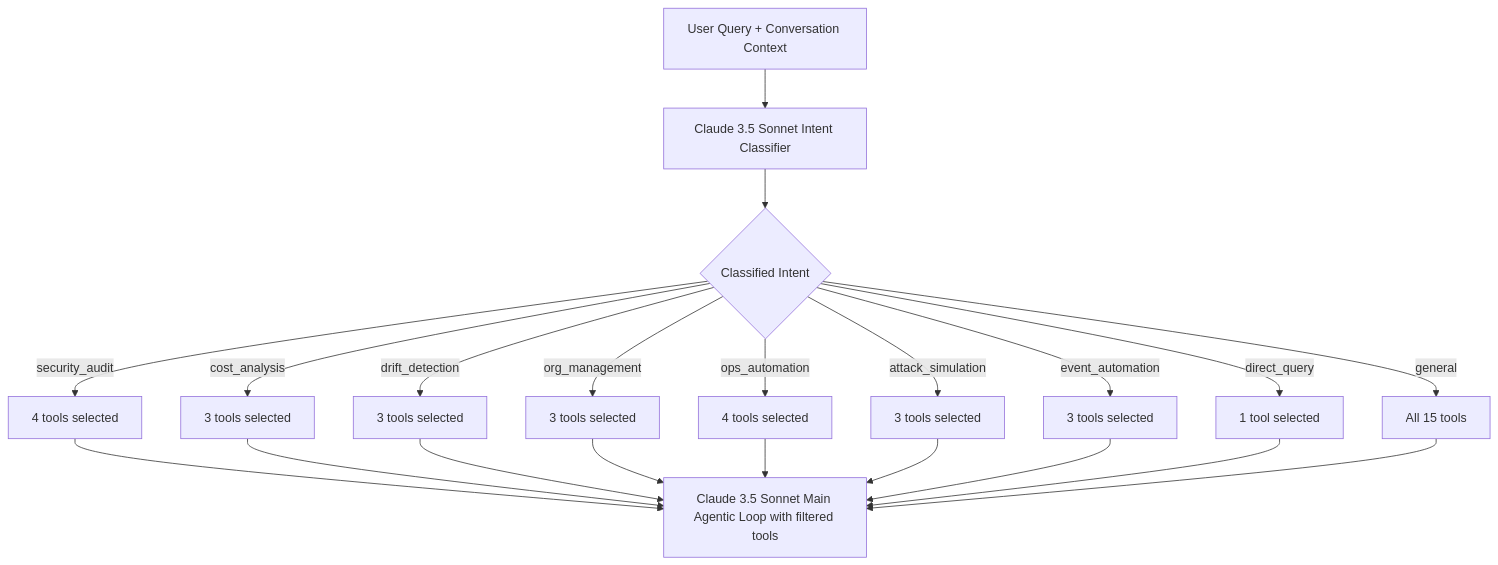
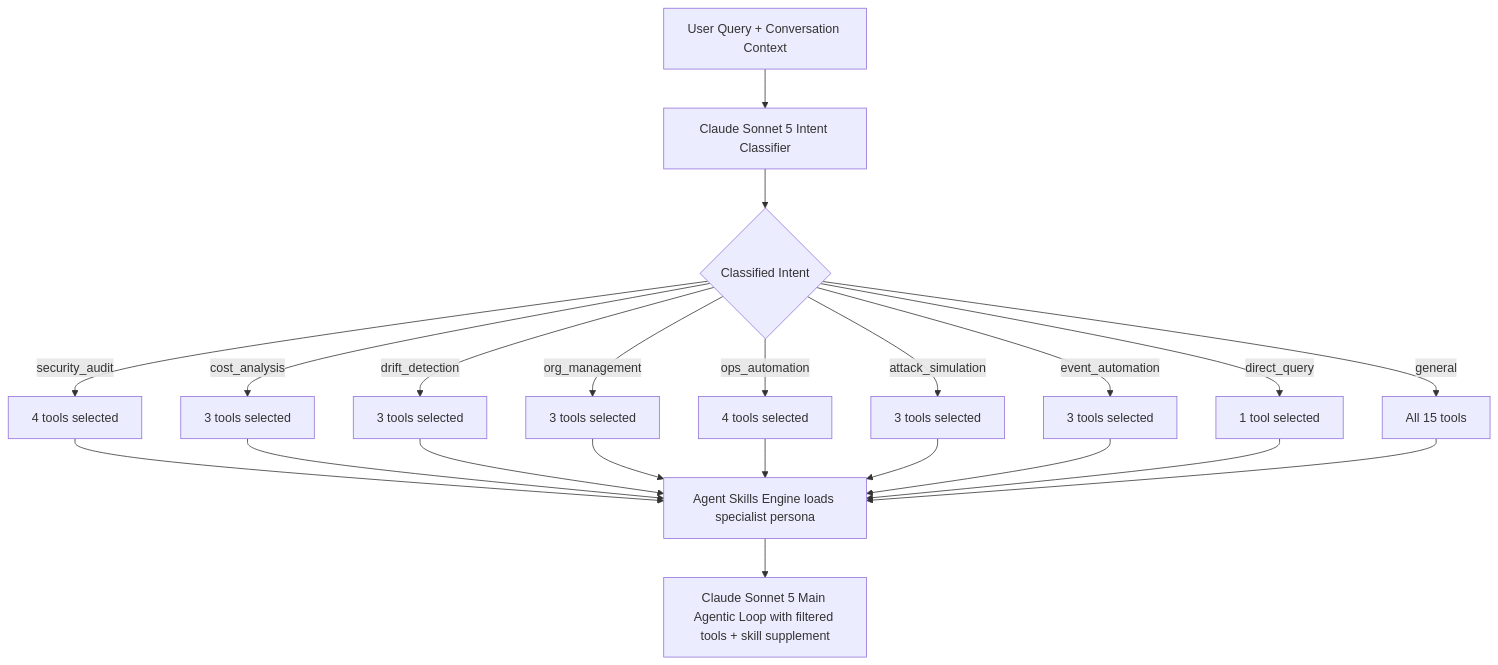
One commit to ritvikindupuri/CloudPilot-AI---AWS-Security-Agent changed the sixth of 35 diagrams in TECHNICAL_DOCUMENTATION.md. Above: the diagram before and after it, drawn with Mermaid. The commit also changed other lines of this file and 4 other files, not shown here.

Commit message:
feat: Agent Skills Engine - dynamic domain-specific persona injection

````diff
--- a/TECHNICAL_DOCUMENTATION.md
+++ b/TECHNICAL_DOCUMENTATION.md
@@ -603,23 +604,24 @@
 ```mermaid
 flowchart TD
-    A[User Query + Conversation Context] --> B[Claude 3.5 Sonnet Intent Classifier]
+    A[User Query + Conversation Context] --> B[Claude Sonnet 5 Intent Classifier]
     B --> C{Classified Intent}
     C -- security_audit --> D[4 tools selected]
     C -- cost_analysis --> E[3 tools selected]
     C -- drift_detection --> F[3 tools selected]
     C -- org_management --> G[3 tools selected]
     C -- ops_automation --> H[4 tools selected]
     C -- attack_simulation --> I[3 tools selected]
     C -- event_automation --> J[3 tools selected]
     C -- direct_query --> K[1 tool selected]
     C -- general --> L[All 15 tools]
-    D --> M[Claude 3.5 Sonnet Main Agentic Loop with filtered tools]
-    E --> M
-    F --> M
-    G --> M
-    H --> M
-    I --> M
-    J --> M
-    K --> M
-    L --> M
+    D --> SK[Agent Skills Engine loads specialist persona]
+    E --> SK
+    F --> SK
+    G --> SK
+    H --> SK
+    I --> SK
+    J --> SK
+    K --> SK
+    L --> SK
+    SK --> M[Claude Sonnet 5 Main Agentic Loop with filtered tools + skill supplement]
 ```
````
